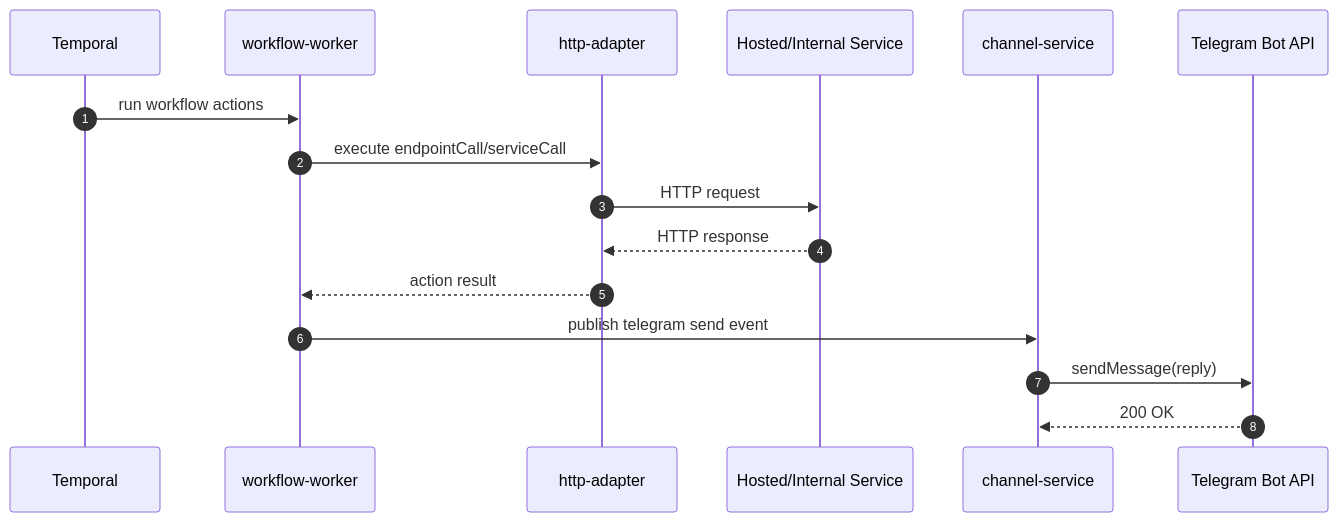
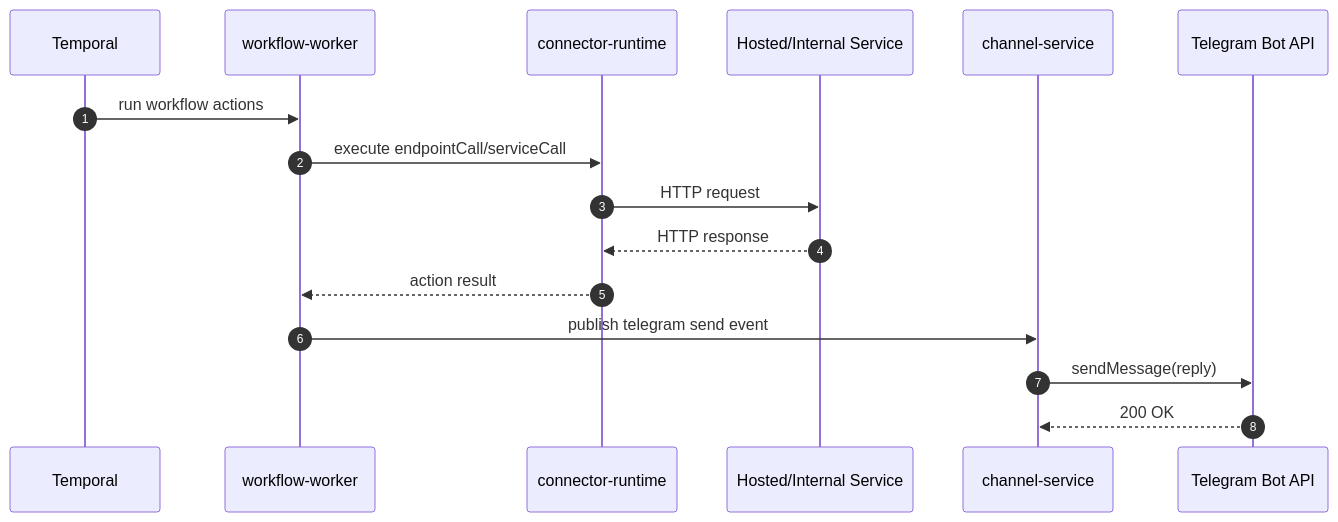
One commit to ccarnero/colloqui changed the third of 4 diagrams in DOCS/08-WORKFLOW-TELEGRAM-SEQUENCE.md. Above: the diagram before and after it, drawn with Mermaid. The commit also changed other lines of this file and 418 other files, not shown here.

First line of the commit message:
Merged PR 3855: Remove services. Rename http-adapter/adapter-service. Update docs

````diff
--- a/DOCS/08-WORKFLOW-TELEGRAM-SEQUENCE.md
+++ b/DOCS/08-WORKFLOW-TELEGRAM-SEQUENCE.md
@@ -56,19 +56,19 @@
 ```mermaid
 sequenceDiagram
     autonumber
     participant TEMP as Temporal
     participant WFW as workflow-worker
-    participant HTP as http-adapter
+    participant CR as connector-runtime
     participant SVC as Hosted/Internal Service
     participant CH as channel-service
     participant TGA as Telegram Bot API
 
     TEMP->>WFW: run workflow actions
-    WFW->>HTP: execute endpointCall/serviceCall
-    HTP->>SVC: HTTP request
-    SVC-->>HTP: HTTP response
-    HTP-->>WFW: action result
+    WFW->>CR: execute endpointCall/serviceCall
+    CR->>SVC: HTTP request
+    SVC-->>CR: HTTP response
+    CR-->>WFW: action result
     WFW->>CH: publish telegram send event
     CH->>TGA: sendMessage(reply)
     TGA-->>CH: 200 OK
 ```
````
